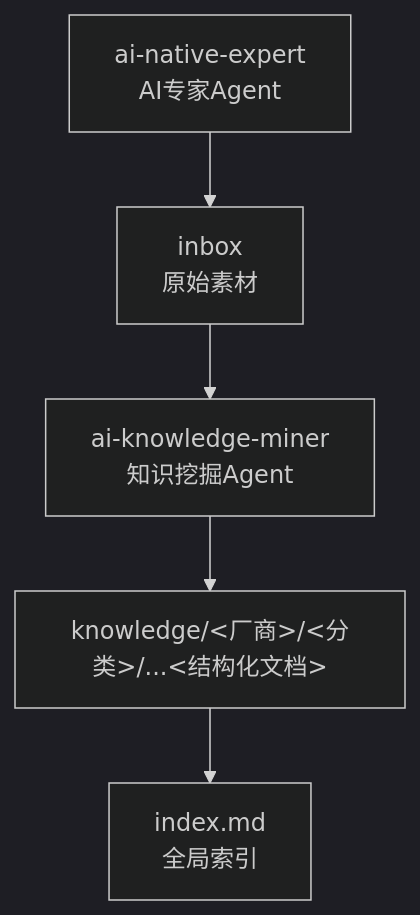
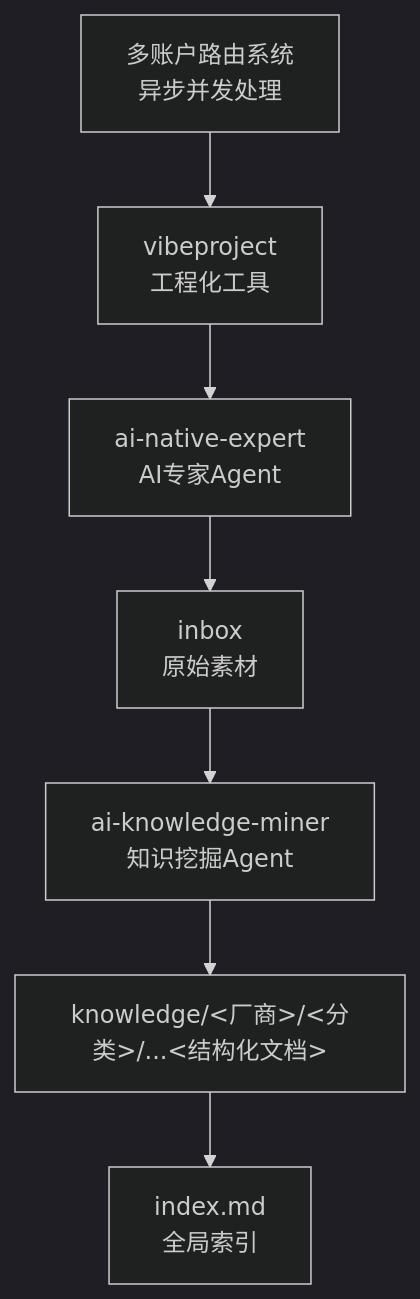
Before and after one commit to EthanNiWorld/AI-Native-SA-2026: the first of 4 diagrams in .qoder/repowiki/zh/content/项目概述.md, drawn with Mermaid (dark theme). The commit also changed other lines of this file and 7 other files, not shown here.

````diff
--- a/.qoder/repowiki/zh/content/项目概述.md
+++ b/.qoder/repowiki/zh/content/项目概述.md
@@ -49,7 +63,9 @@
 ```mermaid
 graph TB
 A["inbox<br/>原始素材"] --> B["ai-knowledge-miner<br/>知识挖掘Agent"]
 C["ai-native-expert<br/>AI专家Agent"] --> A
 B --> D["knowledge/<厂商>/<分类>/...<结构化文档>"]
 D --> E["index.md<br/>全局索引"]
+F["vibeproject<br/>工程化工具"] --> C
+G["多账户路由系统<br/>异步并发处理"] --> F
 ```
````
